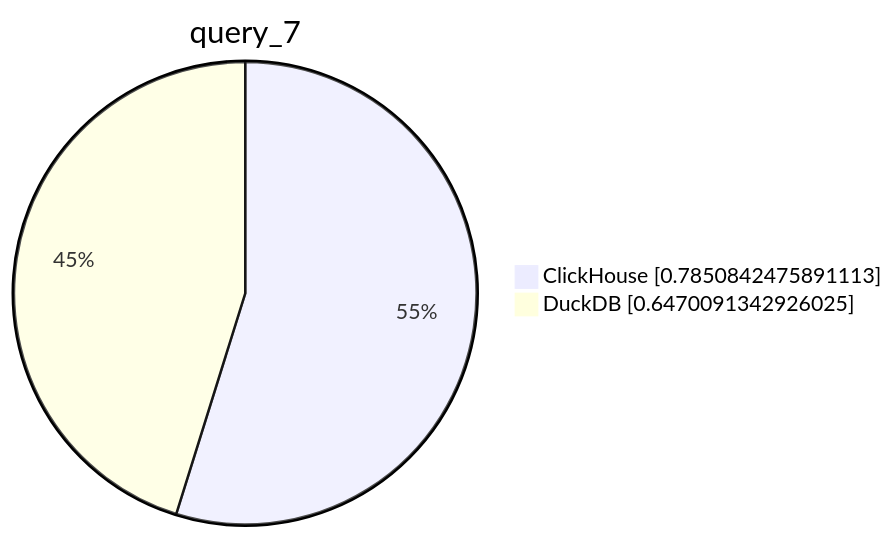
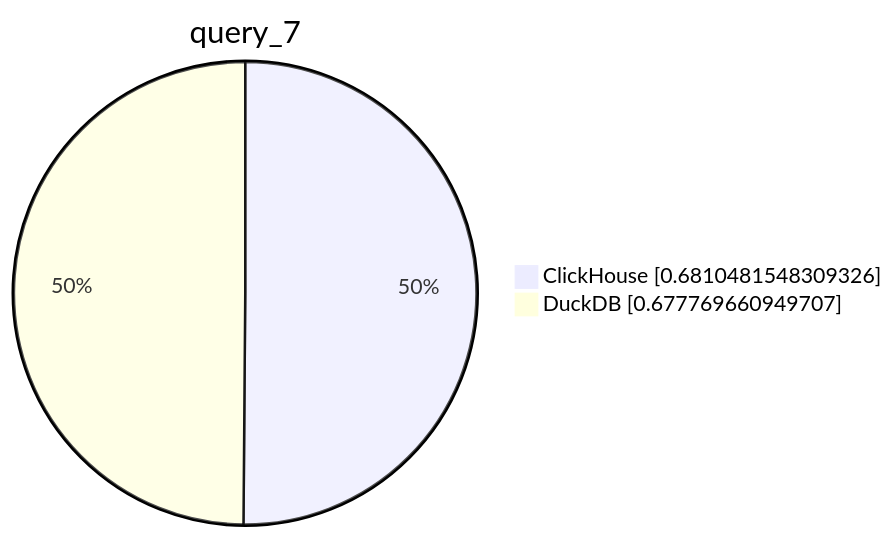
One commit to Altinity/clickhouse-regression changed the eighth of 10 diagrams in parquet/performance/performance_reports/results.md. Above: the diagram before and after it, drawn with Mermaid. The commit also changed other lines of this file and 2 other files, not shown here.

````diff
--- a/parquet/performance/performance_reports/results.md
+++ b/parquet/performance/performance_reports/results.md
@@ -60,6 +60,6 @@
 ```mermaid
      pie showData
          title query_7
-         "ClickHouse" : 0.7850842475891113
-         "DuckDB" : 0.6470091342926025
+         "ClickHouse" : 0.6810481548309326
+         "DuckDB" : 0.677769660949707
 ```
````
